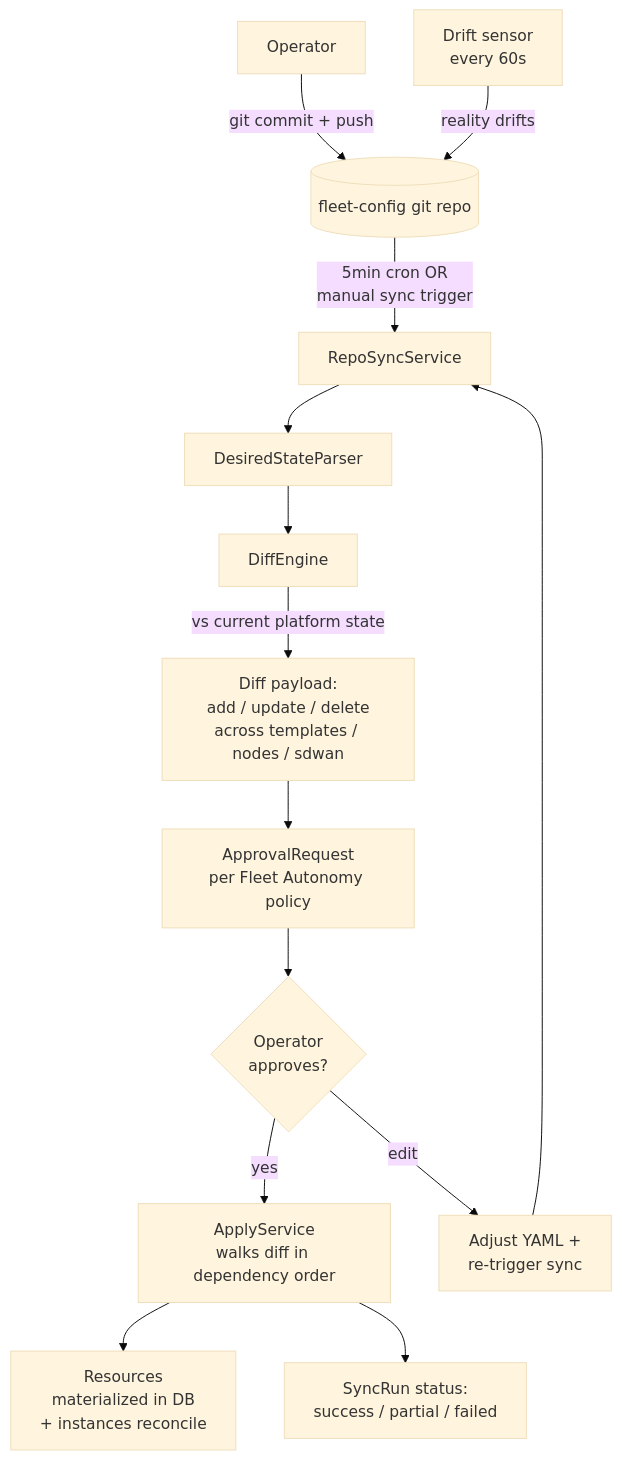
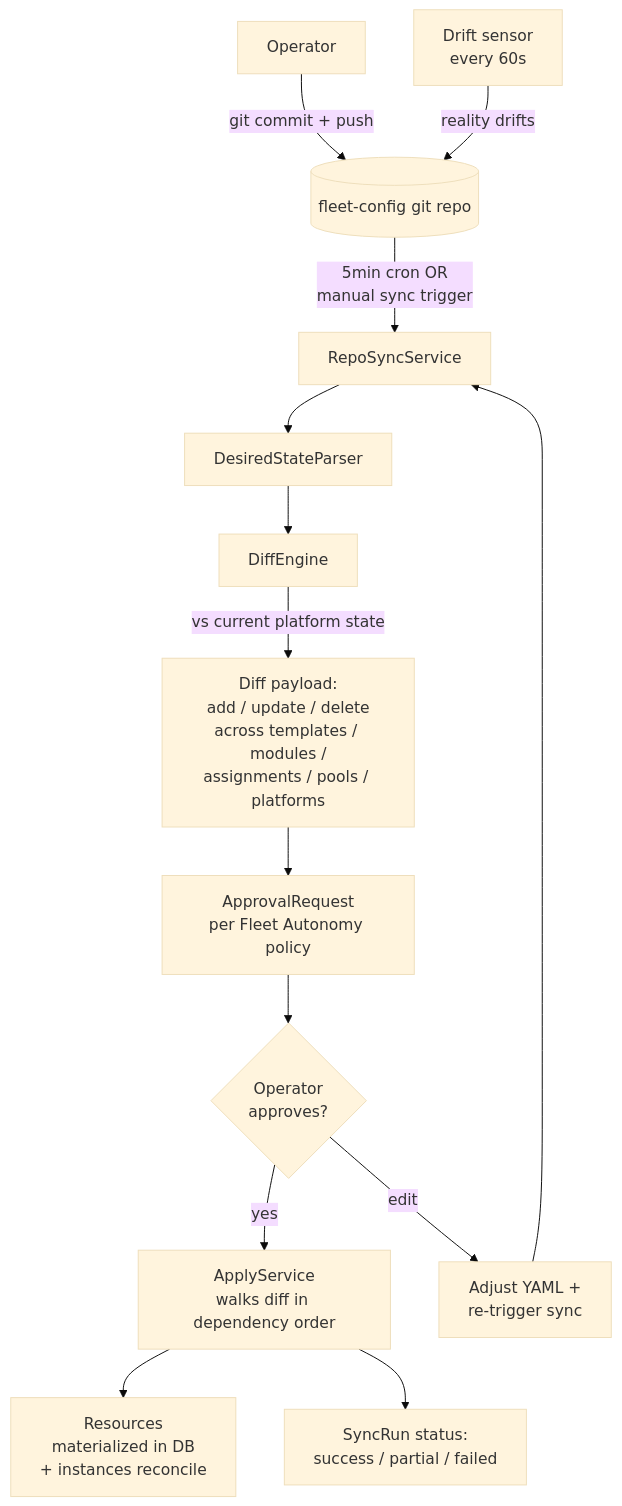
One commit to nodealchemy/powernode-system changed the diagram in docs/tutorials/10-gitops-fleet.md. Above: the diagram before and after it, drawn with Mermaid (base theme). The commit also changed other lines of this file, not shown here.

Commit message:
docs(gitops): IMP-7cacd5924fc9 make tutorial 10's fleet.yaml a file the platform accepts

````diff
--- a/docs/tutorials/10-gitops-fleet.md
+++ b/docs/tutorials/10-gitops-fleet.md
@@ -23,17 +24,17 @@
 ```mermaid
 flowchart TD
     Repo[(fleet-config git repo)]
     Op[Operator] -- "git commit + push" --> Repo
     Repo -- "5min cron OR<br/>manual sync trigger" --> RS[RepoSyncService]
     RS --> DSP[DesiredStateParser]
     DSP --> DE[DiffEngine]
-    DE -- "vs current platform state" --> Diff[Diff payload:<br/>add / update / delete<br/>across templates / nodes / sdwan]
+    DE -- "vs current platform state" --> Diff[Diff payload:<br/>add / update / delete<br/>across templates / modules /<br/>assignments / pools / platforms]
     Diff --> AR[ApprovalRequest<br/>per Fleet Autonomy policy]
     AR --> Op2{Operator<br/>approves?}
     Op2 -->|yes| App[ApplyService<br/>walks diff in dependency order]
     App --> Done[Resources<br/>materialized in DB<br/>+ instances reconcile]
     App --> SR[SyncRun status:<br/>success / partial / failed]
     Op2 -->|edit| Edit[Adjust YAML +<br/>re-trigger sync]
     Edit --> RS
     Drift[Drift sensor<br/>every 60s] -- "reality drifts" --> Repo
 ```
````
